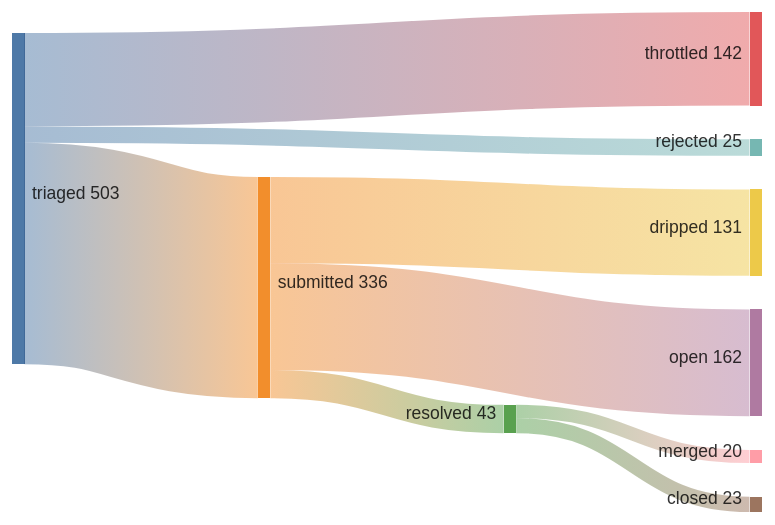
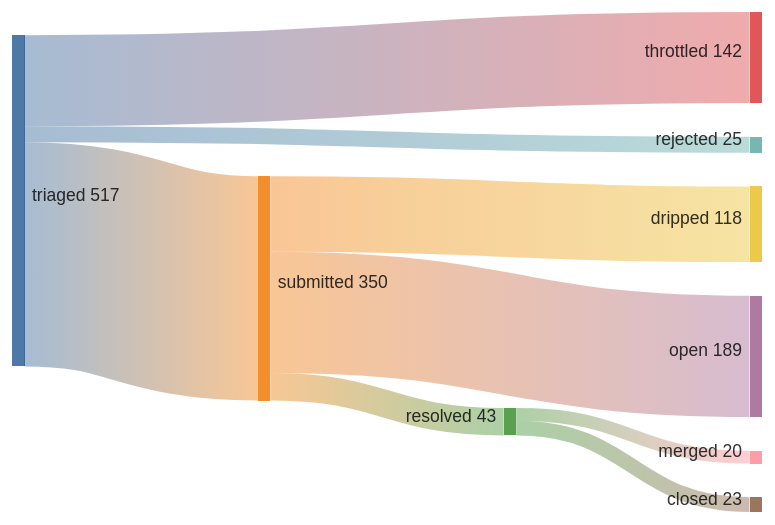
Before and after one commit to kimjune01/kimjune01: the first of 2 diagrams in README.md, drawn with Mermaid. The commit also changed other lines of this file, not shown here.

````diff
--- a/README.md
+++ b/README.md
@@ -3,11 +3,11 @@
 ```mermaid
 sankey-beta
-    triaged,    submitted, 336
+    triaged,    submitted, 350
     triaged,    throttled, 142
     triaged,    rejected,  25
     submitted,  resolved,  43
-    submitted,  dripped,   131
-    submitted,  open,      162
+    submitted,  dripped,   118
+    submitted,  open,      189
     resolved,   merged,    20
     resolved,   closed,    23
 ```
````
